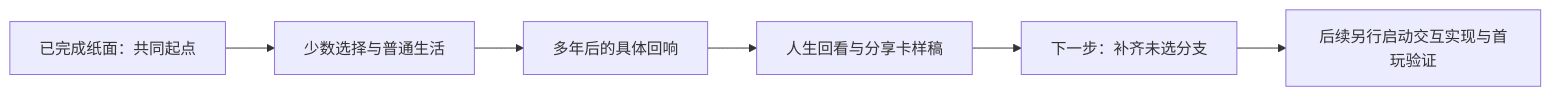
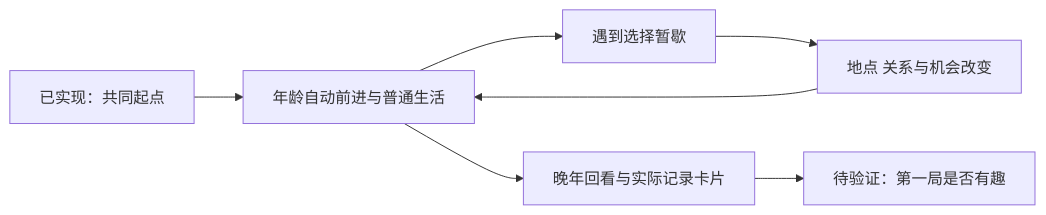
One commit to yuki-uix/life-sim-product-study changed the diagram in README.md. Above: the diagram before and after it, drawn with Mermaid. The commit also changed other lines of this file and 14 other files, not shown here.

````diff
--- a/README.md
+++ b/README.md
@@ -19,8 +19,9 @@
 ```mermaid
 flowchart LR
-    A[已完成纸面：共同起点] --> B[少数选择与普通生活]
-    B --> C[多年后的具体回响]
-    C --> D[人生回看与分享卡样稿]
-    D --> E[下一步：补齐未选分支]
-    E --> F[后续另行启动交互实现与首玩验证]
+    A[已实现：共同起点] --> B[年龄自动前进与普通生活]
+    B --> C[遇到选择暂歇]
+    C --> D[地点 关系与机会改变]
+    D --> B
+    B --> E[晚年回看与实际记录卡片]
+    E --> F[待验证：第一局是否有趣]
 ```
````
